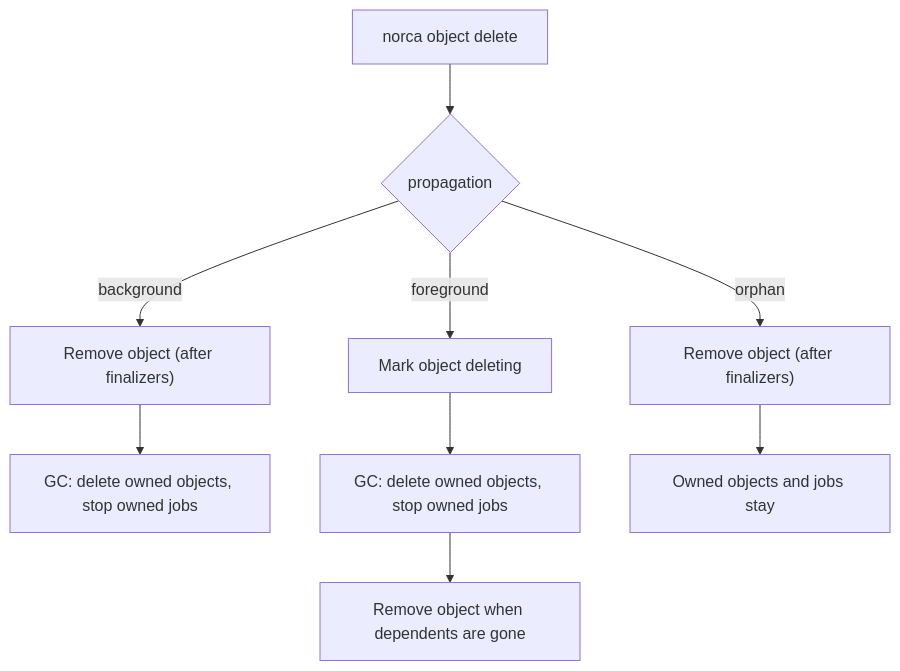
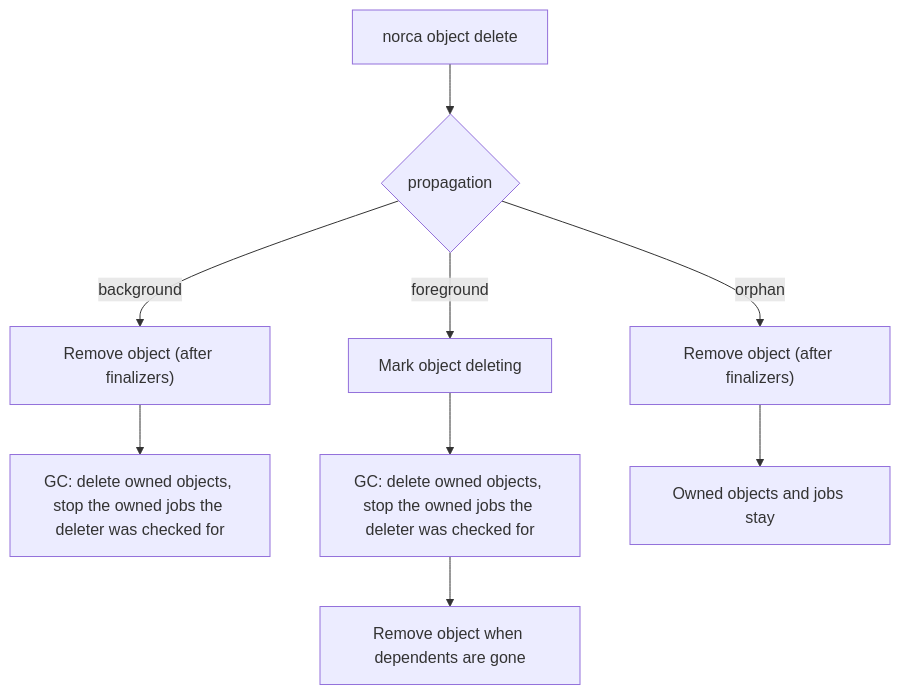
Before and after one commit to bacanoo-io/norca-doc: the second of 2 diagrams in content/docs/features/operator-framework/lifecycle.md, drawn with Mermaid. The commit also changed other lines of this file and 6 other files, not shown here.

````diff
--- a/content/docs/features/operator-framework/lifecycle.md
+++ b/content/docs/features/operator-framework/lifecycle.md
@@ -71,7 +71,7 @@
 ```mermaid
 flowchart TB
   D["norca object delete"] --> M{"propagation"}
-  M -->|"background"| B["Remove object (after finalizers)"] --> GB["GC: delete owned objects, stop owned jobs"]
-  M -->|"foreground"| F["Mark object deleting"] --> GF["GC: delete owned objects, stop owned jobs"] --> RF["Remove object when dependents are gone"]
+  M -->|"background"| B["Remove object (after finalizers)"] --> GB["GC: delete owned objects, stop the owned jobs the deleter was checked for"]
+  M -->|"foreground"| F["Mark object deleting"] --> GF["GC: delete owned objects, stop the owned jobs the deleter was checked for"] --> RF["Remove object when dependents are gone"]
   M -->|"orphan"| O["Remove object (after finalizers)"] --> K["Owned objects and jobs stay"]
 ```
````
